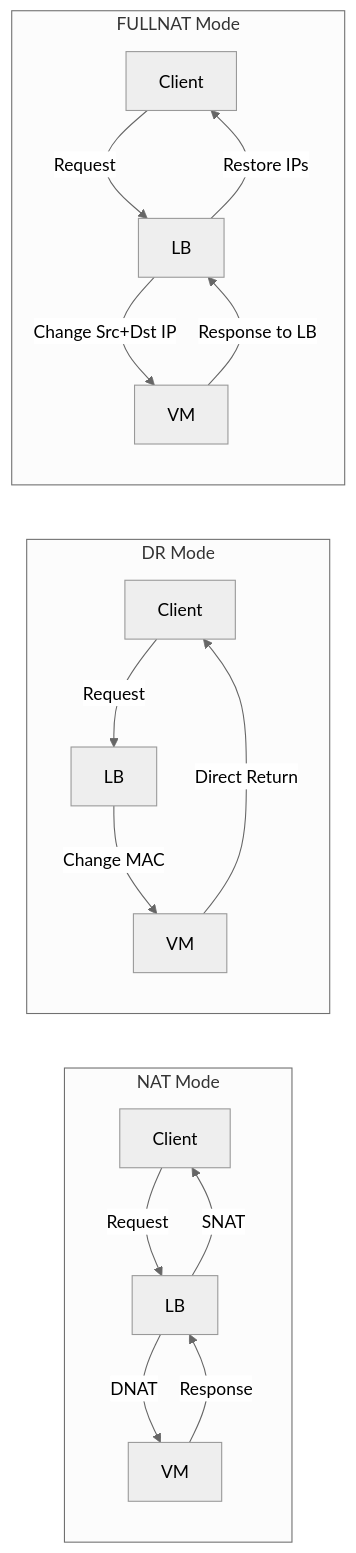
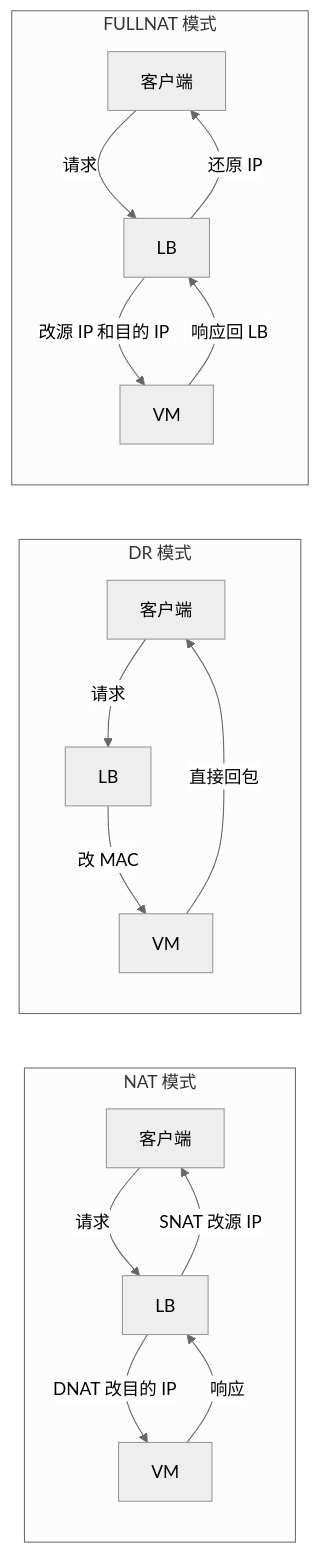
Before and after one commit to caozhiyi/network-book: the second of 4 diagrams in docs/15.流量涌入一台撑不住负载均衡.md, drawn with Mermaid (neutral theme). The commit also changed other lines of this file and 77 other files, not shown here.

````diff
--- a/docs/15.流量涌入一台撑不住负载均衡.md
+++ b/docs/15.流量涌入一台撑不住负载均衡.md
@@ -138,22 +136,22 @@
 ```mermaid
 graph LR
-    subgraph NAT Mode
-        C1[Client] -->|Request| LB1[LB]
-        LB1 -->|DNAT| S1[VM]
-        S1 -->|Response| LB1
-        LB1 -->|SNAT| C1
+    subgraph NAT 模式
+        C1[客户端] -->|请求| LB1[LB]
+        LB1 -->|DNAT 改目的 IP| S1[VM]
+        S1 -->|响应| LB1
+        LB1 -->|SNAT 改源 IP| C1
     end
 
-    subgraph DR Mode
-        C2[Client] -->|Request| LB2[LB]
-        LB2 -->|Change MAC| S2[VM]
-        S2 -->|Direct Return| C2
+    subgraph DR 模式
+        C2[客户端] -->|请求| LB2[LB]
+        LB2 -->|改 MAC| S2[VM]
+        S2 -->|直接回包| C2
     end
 
-    subgraph FULLNAT Mode
-        C3[Client] -->|Request| LB3[LB]
-        LB3 -->|Change Src+Dst IP| S3[VM]
-        S3 -->|Response to LB| LB3
-        LB3 -->|Restore IPs| C3
+    subgraph FULLNAT 模式
+        C3[客户端] -->|请求| LB3[LB]
+        LB3 -->|改源 IP 和目的 IP| S3[VM]
+        S3 -->|响应回 LB| LB3
+        LB3 -->|还原 IP| C3
     end
 ```
````
